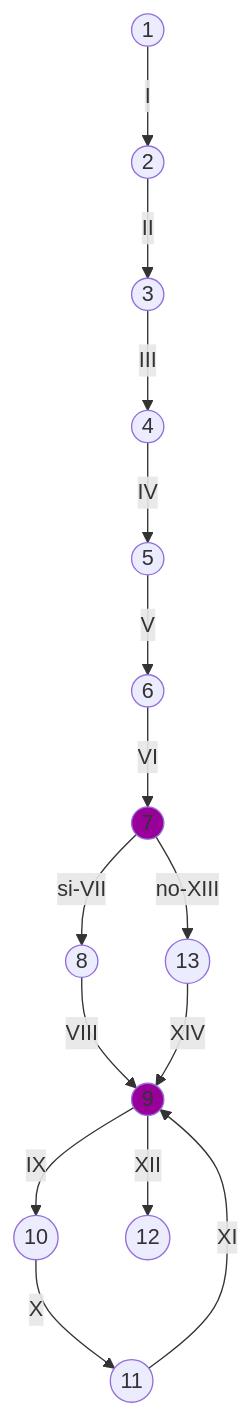
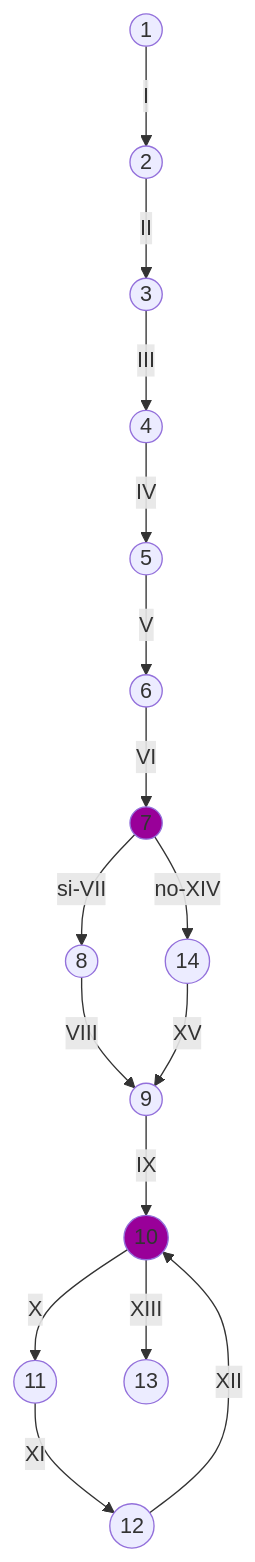
The eighth of 30 diagrams in Diagramas de flujo y grafos de complejidad ciclomatica.md (alt165/tp8), drawn with Mermaid before and after one commit. The commit also changed other lines of this file, not shown here.

Commit message:
Update Diagramas de flujo y grafos de complejidad ciclomatica.md

````diff
--- a/Diagramas de flujo y grafos de complejidad ciclomatica.md
+++ b/Diagramas de flujo y grafos de complejidad ciclomatica.md
@@ -178,20 +146,22 @@
 ```mermaid
 graph 
 a((1))-->|I|b((2))
 b-->|II|c((3))
 c-->|III|d((4))
 d-->|IV|f((5))
 f-->|V|g((6))
 g-->|VI|h((7))
 h-->|si-VII|i((8))
-h-->|no-XIII|j((13))
-i-->|VIII|k((9))
-j-->|XIV|k
-k-->|IX|l((10))
-l-->|X|m((11))
-m-->|XI|k
-k-->|XII|n((12))
+h-->|no-XIV|j((14))
+i-->|VIII|z((9))
+z-->|IX|k((10))
+j-->|XV|z
+k-->|X|l((11))
+l-->|XI|m((12))
+m-->|XII|k
+k-->|XIII|n((13))
 
+style k fill:#909
 style h fill:#909
-style k fill:#909
+
 ```
````
